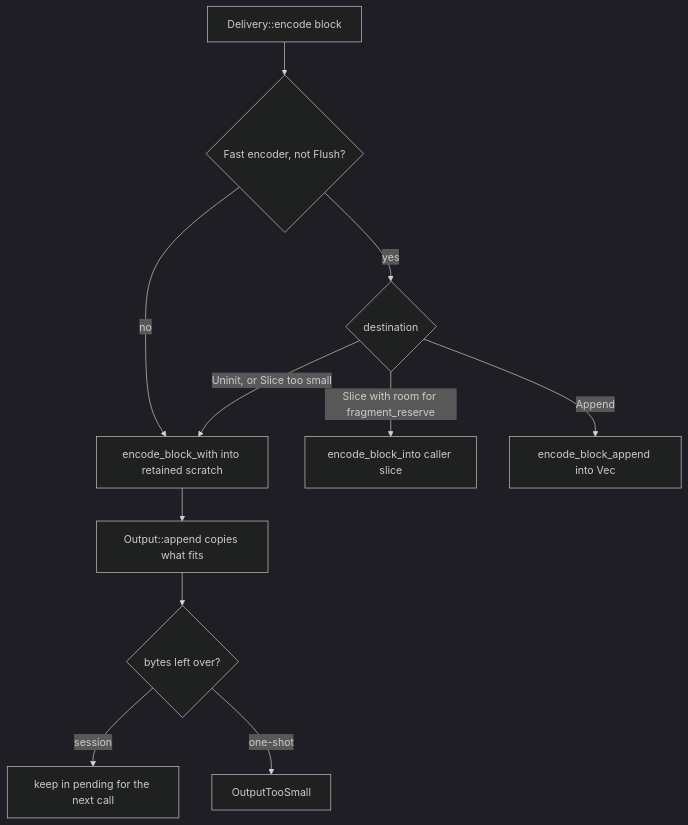
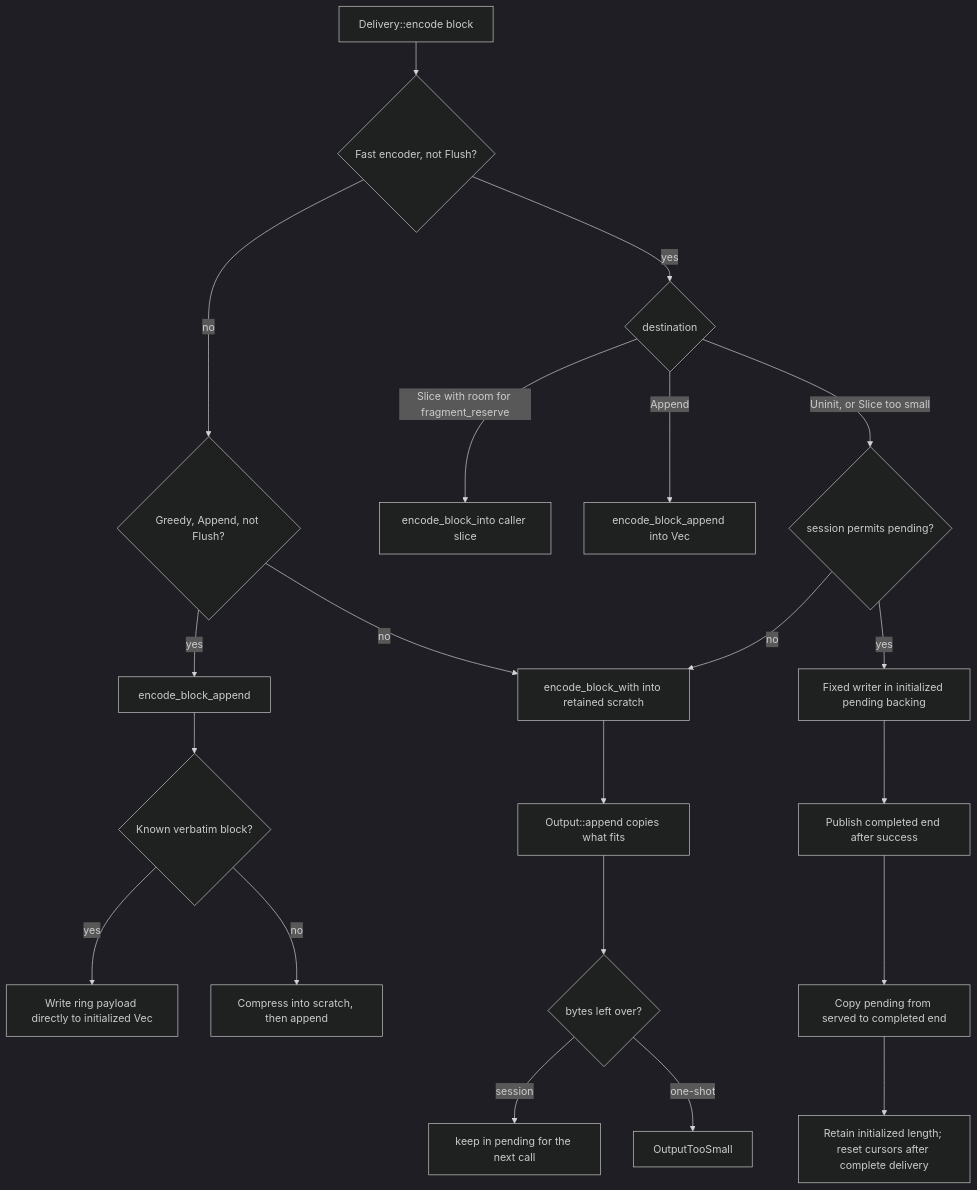
The second of 7 diagrams in architecture/uninit-output.md (M-Compressors/mbrotli), drawn with Mermaid (dark theme) before and after one commit. The commit also changed other lines of this file and 186 other files, not shown here.

````diff
--- a/architecture/uninit-output.md
+++ b/architecture/uninit-output.md
@@ -88,13 +90,23 @@
 ```mermaid
 flowchart TD
     Block[Delivery::encode block] --> Fast{Fast encoder, not Flush?}
-    Fast -->|no| Scratch[encode_block_with into retained scratch]
+    Fast -->|no| Greedy{Greedy, Append, not Flush?}
+    Greedy -->|no| Scratch[encode_block_with into retained scratch]
+    Greedy -->|yes| GreedyAppend[encode_block_append]
+    GreedyAppend --> Raw{Known verbatim block?}
+    Raw -->|yes| DirectRaw[Write ring payload directly to initialized Vec]
+    Raw -->|no| GreedyScratch[Compress into scratch, then append]
     Fast -->|yes| Kind{destination}
     Kind -->|Slice with room for fragment_reserve| InPlace[encode_block_into caller slice]
     Kind -->|Append| Vec[encode_block_append into Vec]
-    Kind -->|Uninit, or Slice too small| Scratch
+    Kind -->|Uninit, or Slice too small| Resumable{session permits pending?}
+    Resumable -->|no| Scratch
+    Resumable -->|yes| Backing[Fixed writer in initialized pending backing]
+    Backing --> Publish[Publish completed end after success]
+    Publish --> Drain[Copy pending from served to completed end]
+    Drain --> Retain[Retain initialized length; reset cursors after complete delivery]
     Scratch --> Append[Output::append copies what fits]
     Append --> Rest{bytes left over?}
     Rest -->|session| Pending[keep in pending for the next call]
     Rest -->|one-shot| Small[OutputTooSmall]
 ```
````
